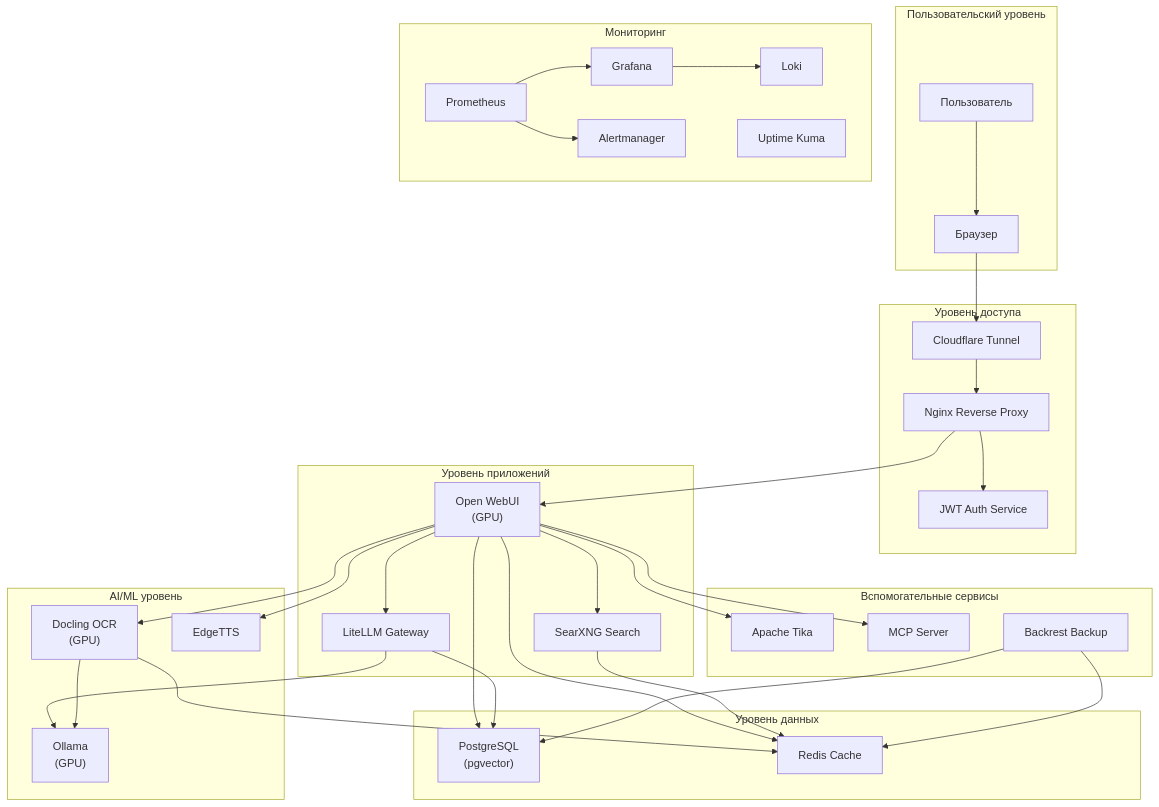
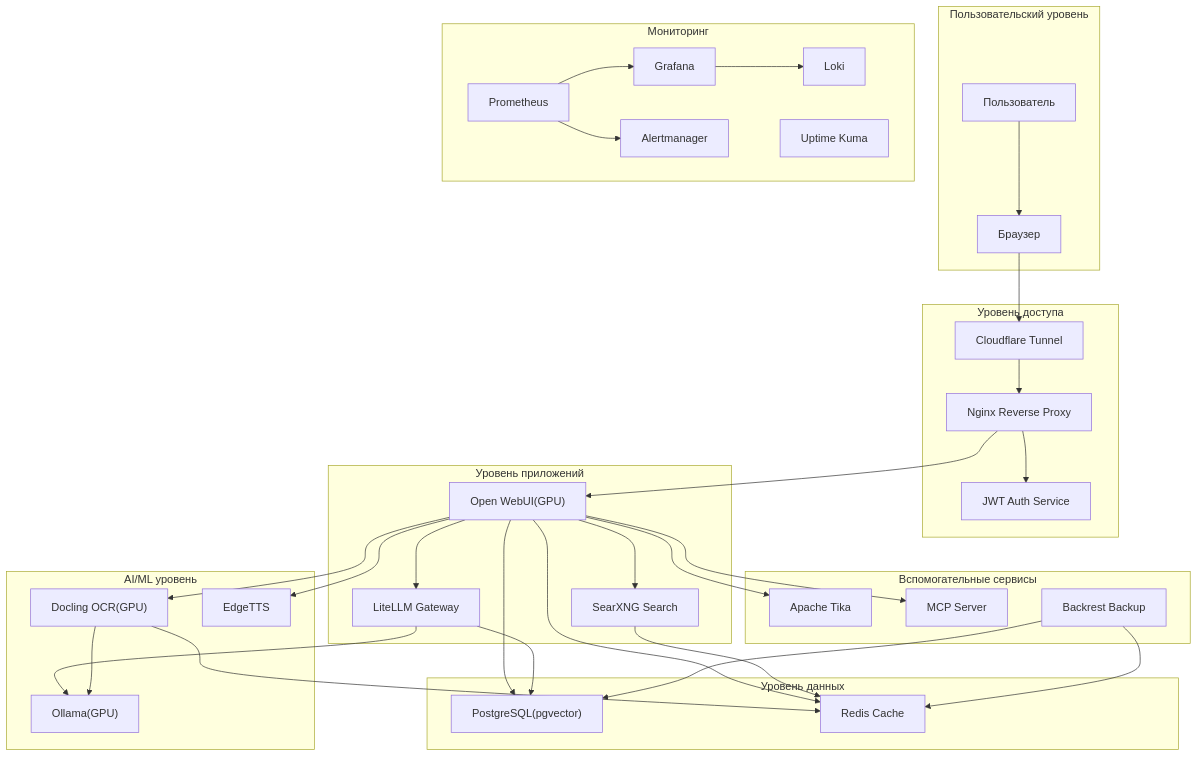
The diagram in docs/architecture/diagrams/architecture-overview.md (DIZ-admin/erni-ki), drawn with Mermaid before and after one commit. The commit also changed 3 other files, not shown here.

First line of the commit message:
fix(docs): correct Mermaid diagram syntax

````diff
--- a/docs/architecture/diagrams/architecture-overview.md
+++ b/docs/architecture/diagrams/architecture-overview.md
@@ -12,75 +12,75 @@
 ```mermaid
 graph TB
-    subgraph "Пользовательский уровень"
+    subgraph User_Level["Пользовательский уровень"]
         User["Пользователь"]
         Browser["Браузер"]
     end
 
-    subgraph "Уровень доступа"
+    subgraph Access_Level["Уровень доступа"]
         CF["Cloudflare Tunnel"]
         Nginx["Nginx Reverse Proxy"]
         Auth["JWT Auth Service"]
     end
 
-    subgraph "Уровень приложений"
-        OpenWebUI["Open WebUI<br/>(GPU)"]
+    subgraph App_Level["Уровень приложений"]
+        OpenWebUI["Open WebUI#40;GPU#41;"]
         LiteLLM["LiteLLM Gateway"]
         SearXNG["SearXNG Search"]
     end
 
-    subgraph "AI/ML уровень"
-        Ollama["Ollama<br/>(GPU)"]
-        Docling["Docling OCR<br/>(GPU)"]
+    subgraph AI_Level["AI/ML уровень"]
+        Ollama["Ollama#40;GPU#41;"]
+        Docling["Docling OCR#40;GPU#41;"]
         EdgeTTS["EdgeTTS"]
     end
 
-    subgraph "Уровень данных"
-        PostgreSQL["PostgreSQL<br/>(pgvector)"]
+    subgraph Data_Level["Уровень данных"]
+        PostgreSQL["PostgreSQL#40;pgvector#41;"]
         Redis["Redis Cache"]
     end
 
-    subgraph "Вспомогательные сервисы"
+    subgraph Aux_Services["Вспомогательные сервисы"]
         Tika["Apache Tika"]
         MCP["MCP Server"]
         Backrest["Backrest Backup"]
     end
 
-    subgraph "Мониторинг"
+    subgraph Monitoring["Мониторинг"]
         Prometheus["Prometheus"]
         Grafana["Grafana"]
         Loki["Loki"]
         Alertmanager["Alertmanager"]
         UptimeKuma["Uptime Kuma"]
     end
 
     User --> Browser
     Browser --> CF
     CF --> Nginx
     Nginx --> Auth
     Nginx --> OpenWebUI
 
     OpenWebUI --> LiteLLM
     OpenWebUI --> SearXNG
     OpenWebUI --> PostgreSQL
     OpenWebUI --> Redis
     OpenWebUI --> Docling
 
     LiteLLM --> Ollama
     LiteLLM --> PostgreSQL
 
     Docling --> Ollama
     Docling --> Redis
 
     SearXNG --> Redis
 
     OpenWebUI --> Tika
     OpenWebUI --> MCP
     OpenWebUI --> EdgeTTS
 
     Backrest --> PostgreSQL
     Backrest --> Redis
 
     Prometheus --> Grafana
     Prometheus --> Alertmanager
     Grafana --> Loki
 ```
````
